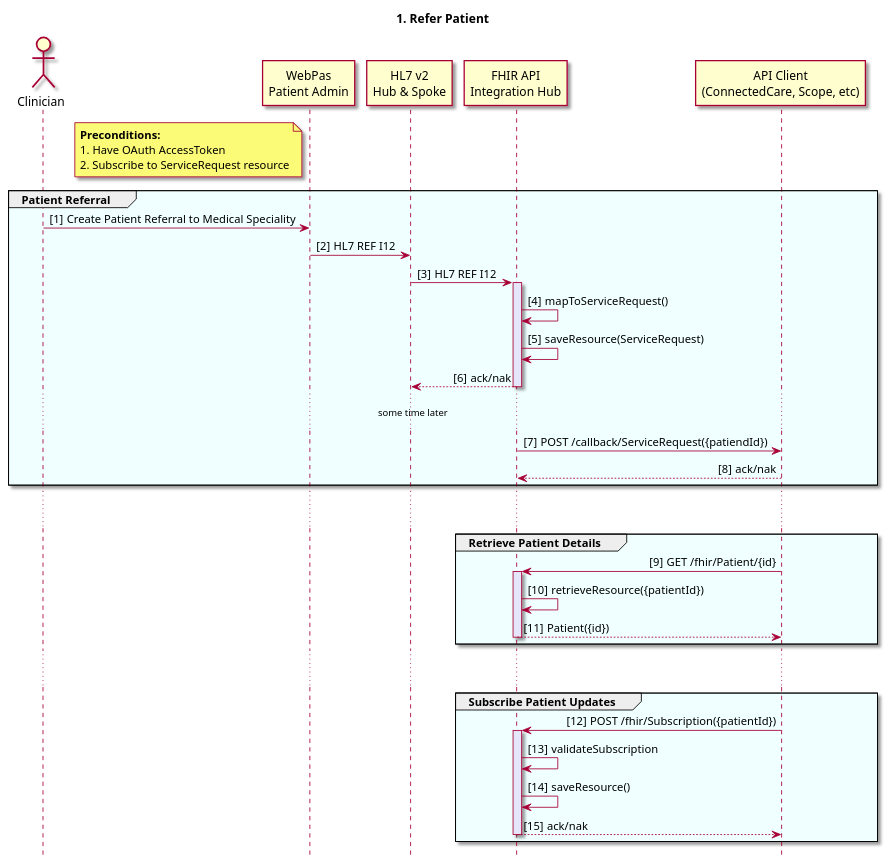
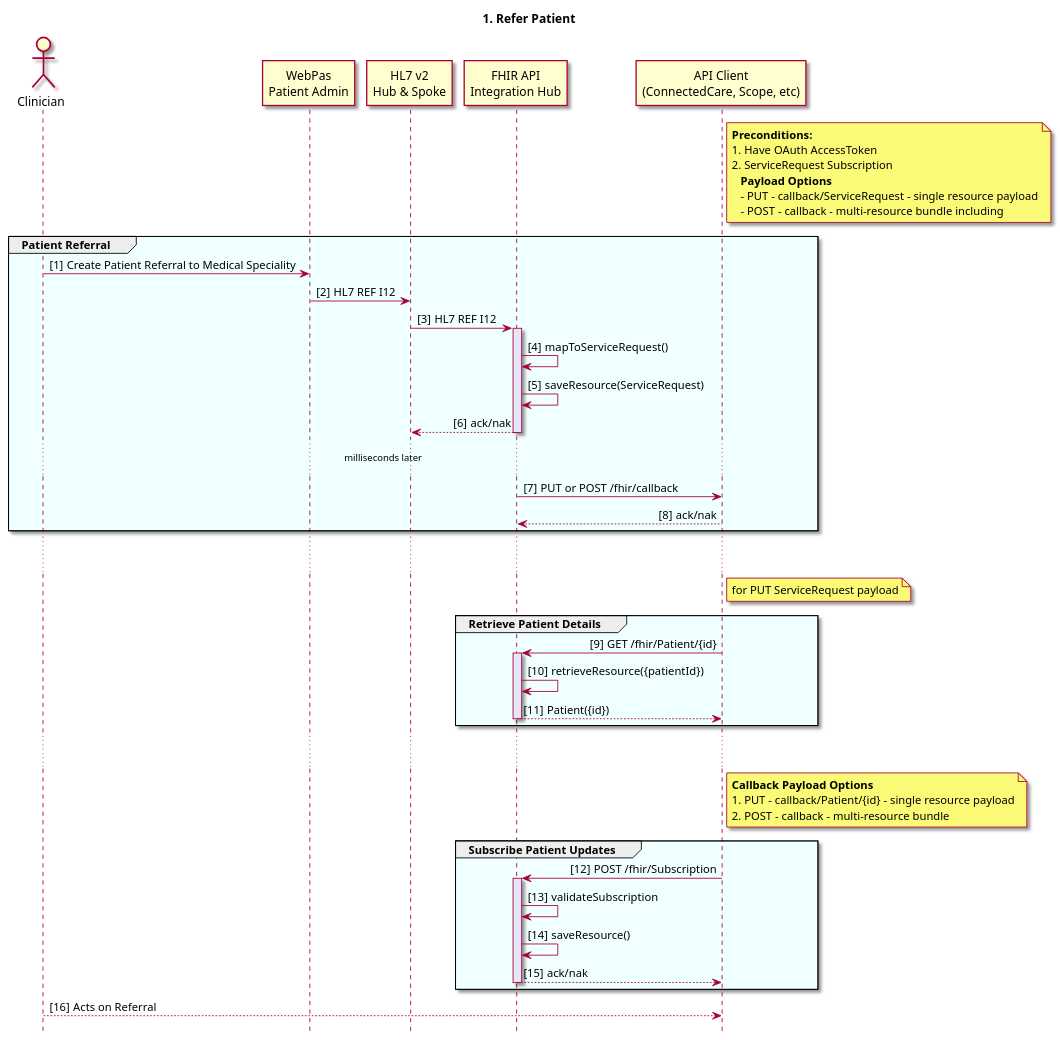
One commit to tewhatuora/centralRegion-integrationHub-ig changed the diagram in input/images-source/useCaseReferPatient.plantuml. Above: the diagram before and after it, drawn with PlantUML. The commit also changed 6 other files, not shown here.

```diff
--- a/input/images-source/useCaseReferPatient.plantuml
+++ b/input/images-source/useCaseReferPatient.plantuml
@@ -1,59 +1,75 @@
 @startuml
 skin rose
 autonumber "[#]"
 hide footbox
 skinparam responseMessageBelowArrow true
 skinparam sequenceMessageAlign direction
 skinparam sequenceGroupBorderThickness 1
 
 title 1. Refer Patient
 
 actor Clinician
 participant "WebPas\nPatient Admin" as WebPAS
 participant "HL7 v2\nHub & Spoke" as HL7
 participant "FHIR API\nIntegration Hub" as HUB
 participant "API Client\n(ConnectedCare, Scope, etc)" as CLIENT
 
-note left of WebPAS
+note right of CLIENT
 **Preconditions:**
 1. Have OAuth AccessToken
-2. Subscribe to ServiceRequest resource
+2. ServiceRequest Subscription
+   **Payload Options**
+   - PUT - callback/ServiceRequest - single resource payload
+   - POST - callback - multi-resource bundle including
 end note
+
 
 group #azure Patient Referral
   Clinician -> WebPAS: Create Patient Referral to Medical Speciality
   WebPAS -> HL7: HL7 REF I12
   HL7 -> HUB: HL7 REF I12
   activate HUB #lavender
   HUB -> HUB: mapToServiceRequest()
   HUB -> HUB: saveResource(ServiceRequest)
   return ack/nak
   deactivate HUB
 
-... some time later ...
+... milliseconds later ...
 
-  HUB -> CLIENT: POST /callback/ServiceRequest({patiendId})
+  HUB -> CLIENT: PUT or POST /fhir/callback
   return ack/nak
 end
 
 ... ...
+
+note right of CLIENT
+for PUT ServiceRequest payload
+end note
 
 group #azure Retrieve Patient Details
   CLIENT -> HUB: GET /fhir/Patient/{id}
   activate HUB #lavender
   HUB -> HUB: retrieveResource({patientId})
   return Patient({id})
   deactivate HUB
 end
 
 ... ...
 
+note right of CLIENT
+**Callback Payload Options**
+1. PUT - callback/Patient/{id} - single resource payload
+2. POST - callback - multi-resource bundle 
+end note
+
 group #azure Subscribe Patient Updates
-  CLIENT -> HUB: POST /fhir/Subscription({patientId})
+  CLIENT -> HUB: POST /fhir/Subscription
   activate HUB #lavender
   HUB -> HUB: validateSubscription
   HUB -> HUB: saveResource()
   return ack/nak
   deactivate HUB
 end
+
+Clinician --> CLIENT: Acts on Referral
 @enduml
```
